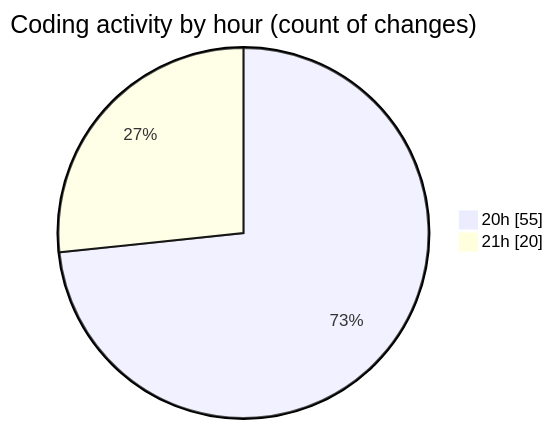
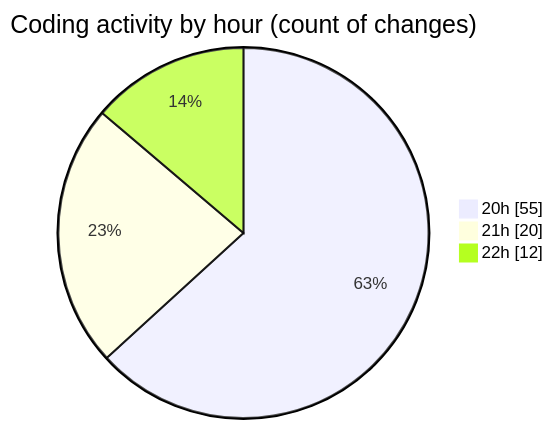
The second of 2 diagrams in 2025-09-01/20m/README.md (lephambinh05/code-tracking), drawn with Mermaid before and after one commit. The commit also changed other lines of this file and 1 other file, not shown here.

````diff
--- a/2025-09-01/20m/README.md
+++ b/2025-09-01/20m/README.md
@@ -58,6 +66,7 @@
 ```mermaid
 pie showData
 title Coding activity by hour (count of changes)
 "20h" : 55
 "21h" : 20
+"22h" : 12
 ```
````
